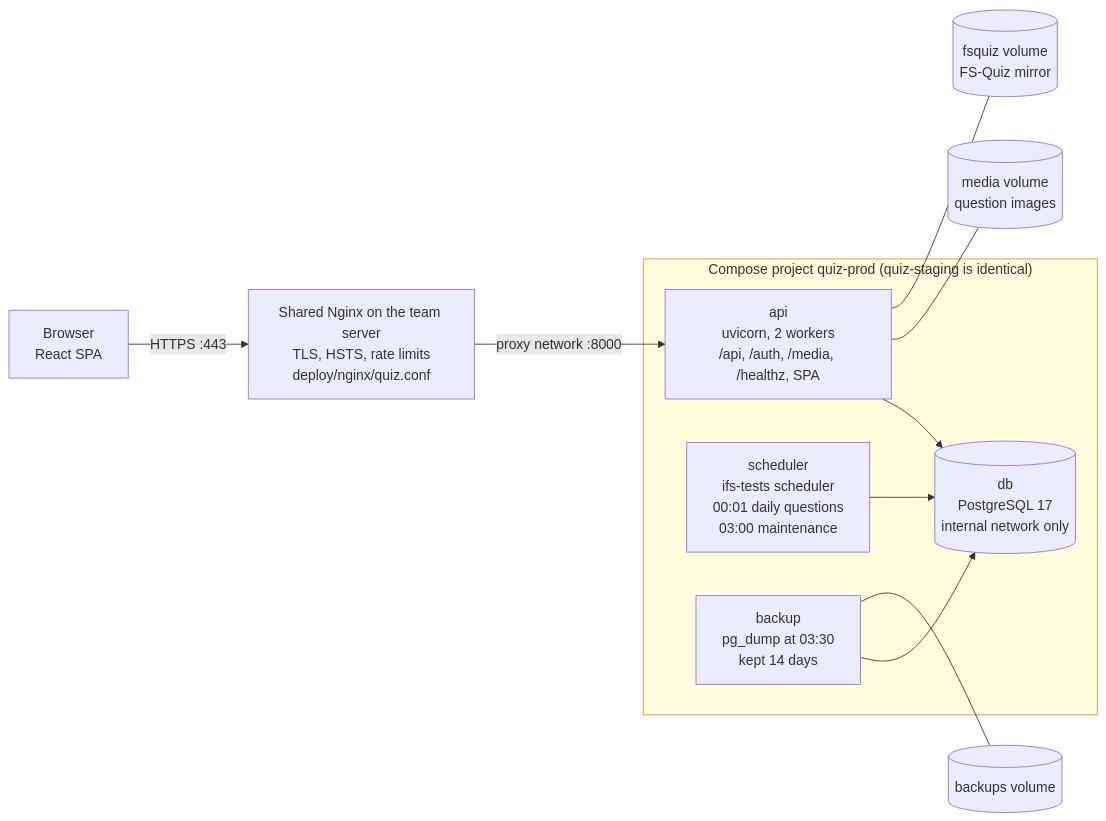
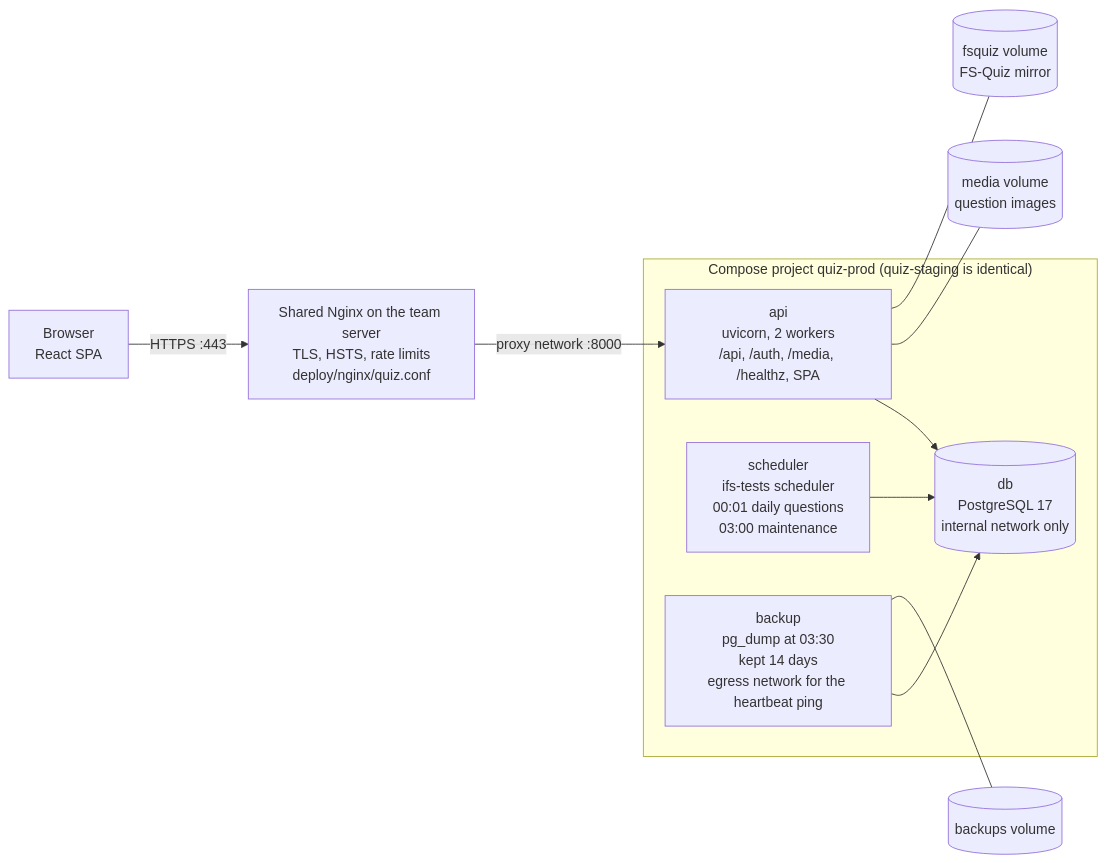
The first of 4 diagrams in docs/architecture.md (isc-fs/IFS-Tests), drawn with Mermaid before and after one commit. The commit also changed other lines of this file and 17 other files, not shown here.

````diff
--- a/docs/architecture.md
+++ b/docs/architecture.md
@@ -9,17 +9,17 @@
 ```mermaid
 flowchart LR
     B["Browser<br/>React SPA"] -->|"HTTPS :443"| N["Shared Nginx on the team server<br/>TLS, HSTS, rate limits<br/>deploy/nginx/quiz.conf"]
     N -->|"proxy network :8000"| A
     subgraph P["Compose project quiz-prod (quiz-staging is identical)"]
         A["api<br/>uvicorn, 2 workers<br/>/api, /auth, /media, /healthz, SPA"]
         S["scheduler<br/>ifs-tests scheduler<br/>00:01 daily questions<br/>03:00 maintenance"]
-        K["backup<br/>pg_dump at 03:30<br/>kept 14 days"]
+        K["backup<br/>pg_dump at 03:30<br/>kept 14 days<br/>egress network for the heartbeat ping"]
         D[("db<br/>PostgreSQL 17<br/>internal network only")]
         A --> D
         S --> D
         K --> D
     end
     A --- V1[("media volume<br/>question images")]
     A --- V2[("fsquiz volume<br/>FS-Quiz mirror")]
     K --- V3[("backups volume")]
 ```
````
